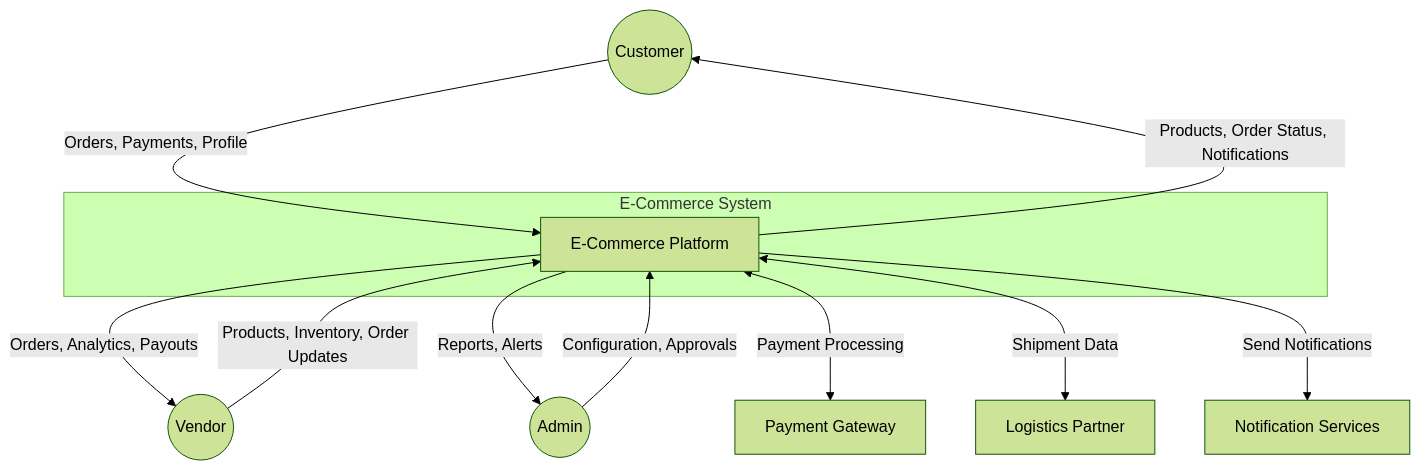
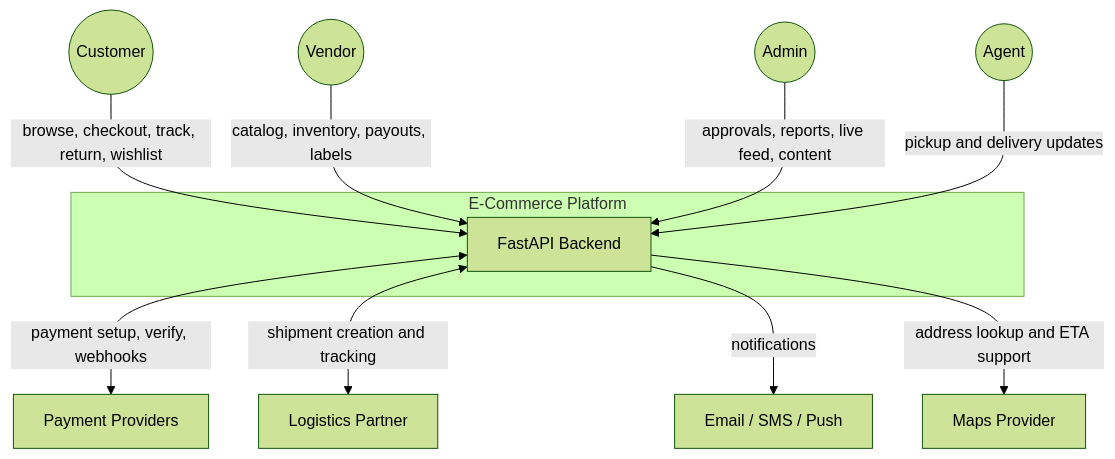
The first of 5 diagrams in docs/system-design/high-level-design/data-flow-diagrams.md (0Ankit0/e-commerce), drawn with Mermaid (forest theme) before and after one commit. The commit also changed other lines of this file and 24 other files, not shown here.

````diff
--- a/docs/system-design/high-level-design/data-flow-diagrams.md
+++ b/docs/system-design/high-level-design/data-flow-diagrams.md
@@ -10,27 +10,26 @@
 ```mermaid
 flowchart TB
     Customer((Customer))
     Vendor((Vendor))
     Admin((Admin))
+    Agent((Agent))
 
-    PaymentGW[Payment Gateway]
+    PaymentGW[Payment Providers]
     Logistics[Logistics Partner]
-    Notifications[Notification Services]
+    Messaging[Email / SMS / Push]
+    Maps[Maps Provider]
 
-    subgraph "E-Commerce System"
-        System[E-Commerce Platform]
+    subgraph "E-Commerce Platform"
+        System[FastAPI Backend]
     end
 
-    Customer -->|Orders, Payments, Profile| System
-    System -->|Products, Order Status, Notifications| Customer
+    Customer -->|browse, checkout, track, return, wishlist| System
+    Vendor -->|catalog, inventory, payouts, labels| System
+    Admin -->|approvals, reports, live feed, content| System
+    Agent -->|pickup and delivery updates| System
 
-    Vendor -->|Products, Inventory, Order Updates| System
-    System -->|Orders, Analytics, Payouts| Vendor
-
-    Admin -->|Configuration, Approvals| System
-    System -->|Reports, Alerts| Admin
-
-    System <-->|Payment Processing| PaymentGW
-    System <-->|Shipment Data| Logistics
-    System -->|Send Notifications| Notifications
+    System <-->|payment setup, verify, webhooks| PaymentGW
+    System <-->|shipment creation and tracking| Logistics
+    System -->|notifications| Messaging
+    System -->|address lookup and ETA support| Maps
 ```
````
